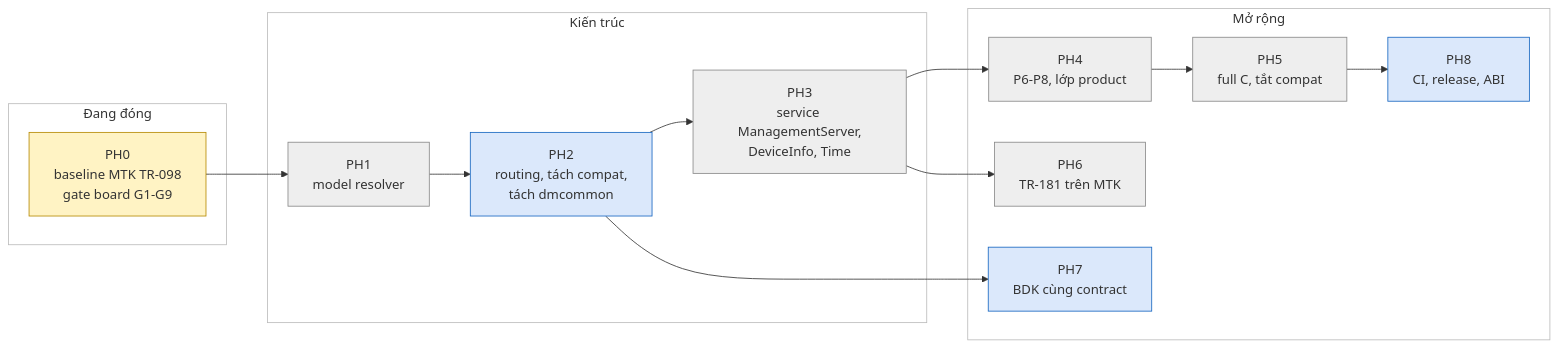
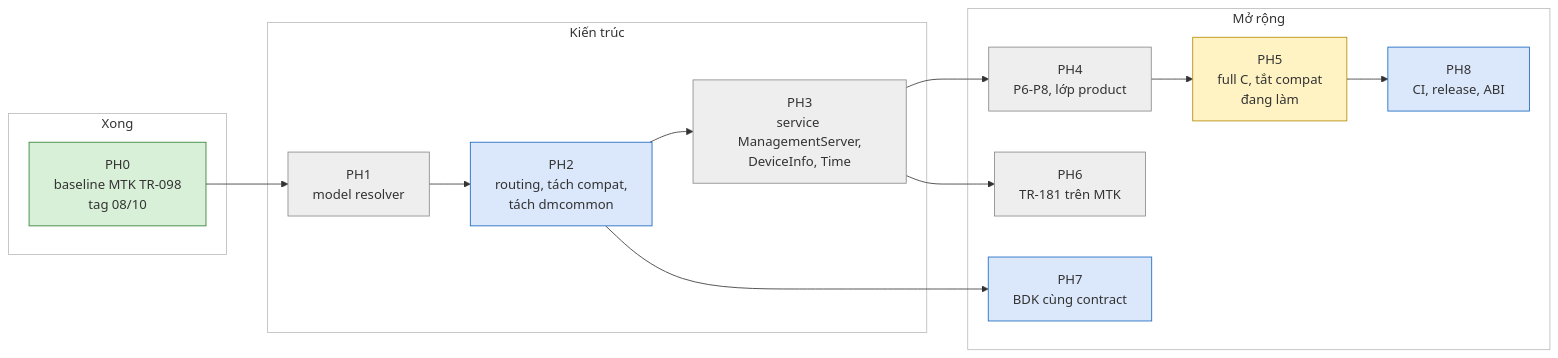
One commit to tunguyenvanbn94/icwmpMultiSdk changed the diagram in docs/handover/icwmp_progress_matrix.md. Above: the diagram before and after it, drawn with Mermaid. The commit also changed other lines of this file and 3 other files, not shown here.

````diff
--- a/docs/handover/icwmp_progress_matrix.md
+++ b/docs/handover/icwmp_progress_matrix.md
@@ -17,34 +17,34 @@
 ```mermaid
 flowchart LR
-    subgraph NOW["Đang đóng"]
-        PH0["PH0<br/>baseline MTK TR-098<br/>gate board G1-G9"]
+    subgraph NOW["Xong"]
+        PH0["PH0<br/>baseline MTK TR-098<br/>tag 08/10"]
     end
     subgraph NEXT["Kiến trúc"]
         PH1["PH1<br/>model resolver"]
         PH2["PH2<br/>routing, tách compat,<br/>tách dmcommon"]
         PH3["PH3<br/>service ManagementServer,<br/>DeviceInfo, Time"]
     end
     subgraph LATER["Mở rộng"]
         PH4["PH4<br/>P6-P8, lớp product"]
-        PH5["PH5<br/>full C, tắt compat"]
+        PH5["PH5<br/>full C, tắt compat<br/>đang làm"]
         PH6["PH6<br/>TR-181 trên MTK"]
         PH7["PH7<br/>BDK cùng contract"]
         PH8["PH8<br/>CI, release, ABI"]
     end
     PH0 --> PH1 --> PH2 --> PH3 --> PH4 --> PH5
     PH3 --> PH6
     PH2 --> PH7
     PH5 --> PH8
     style NOW fill:#ffffff,stroke:#bbbbbb
     style NEXT fill:#ffffff,stroke:#bbbbbb
     style LATER fill:#ffffff,stroke:#bbbbbb
-    style PH0 fill:#fff3c4,stroke:#b58900
+    style PH0 fill:#d8f0d8,stroke:#2e7d32
     style PH2 fill:#dbe8fb,stroke:#1565c0
     style PH7 fill:#dbe8fb,stroke:#1565c0
     style PH8 fill:#dbe8fb,stroke:#1565c0
     style PH1 fill:#eeeeee,stroke:#888888
     style PH3 fill:#eeeeee,stroke:#888888
     style PH4 fill:#eeeeee,stroke:#888888
-    style PH5 fill:#eeeeee,stroke:#888888
+    style PH5 fill:#fff3c4,stroke:#b58900
     style PH6 fill:#eeeeee,stroke:#888888
 ```
````
